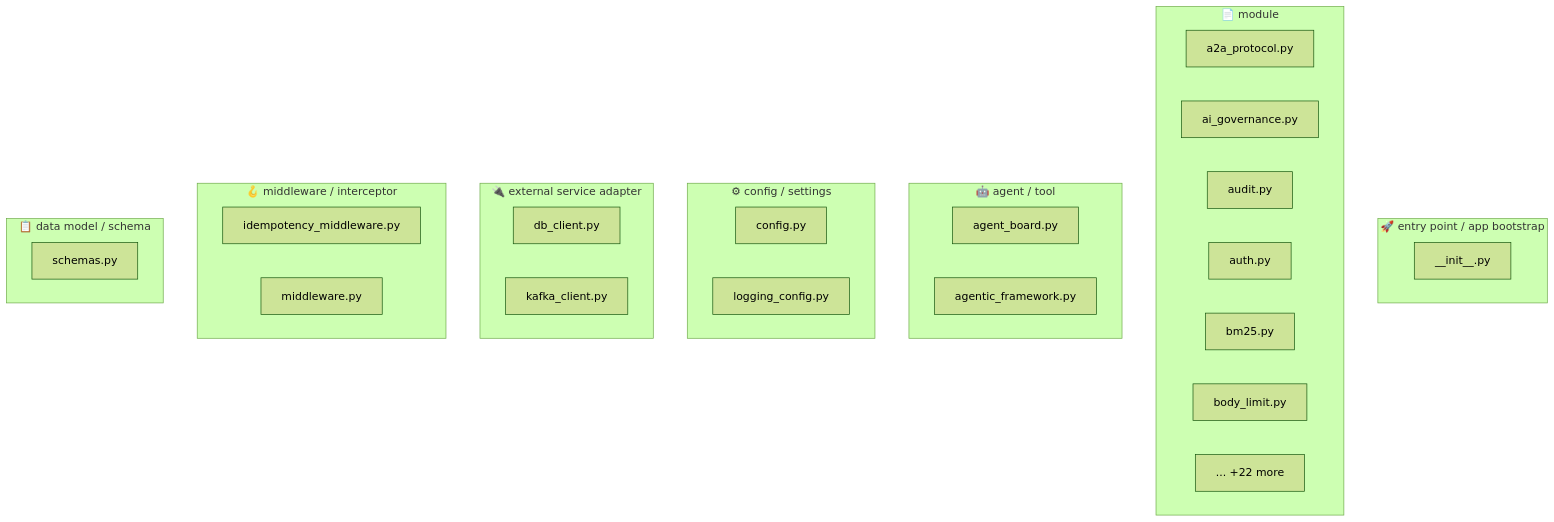
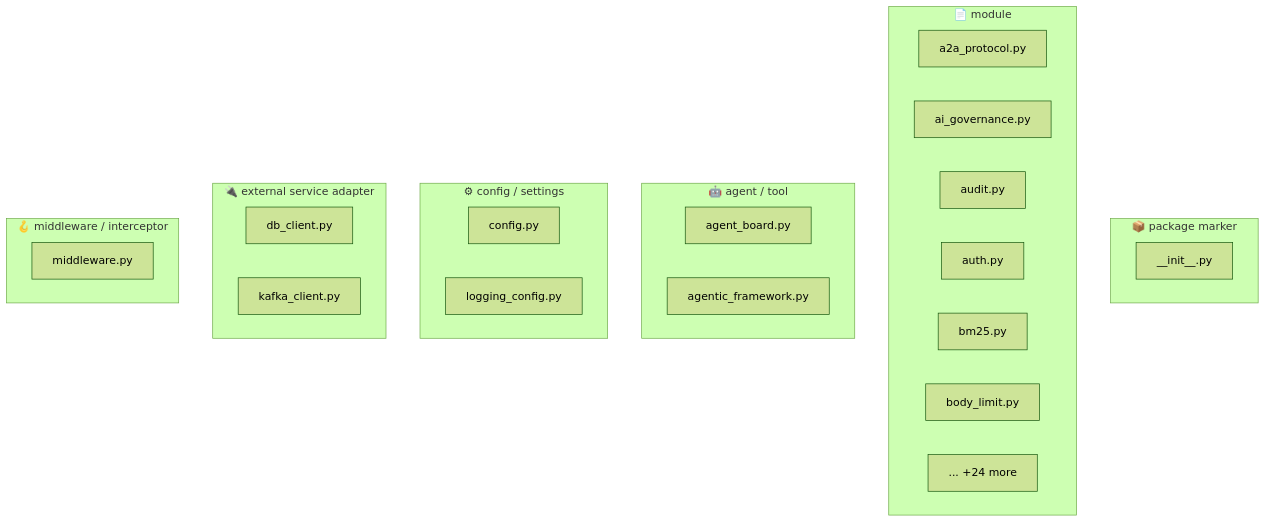
The third of 8 diagrams in libs/py/documind_core/README.md (PraveenAsthana123/circuitRAG), drawn with Mermaid (forest theme) before and after one commit. The commit also changed other lines of this file and 23 other files, not shown here.

````diff
--- a/libs/py/documind_core/README.md
+++ b/libs/py/documind_core/README.md
@@ -193,34 +314,30 @@
 ```mermaid
 flowchart TB
-    subgraph __entry_point___app_bootstrap["🚀 entry point / app bootstrap"]
+    subgraph __package_marker["📦 package marker"]
         __init___py["__init__.py"]
     end
     subgraph __module["📄 module"]
         a2a_protocol_py["a2a_protocol.py"]
         ai_governance_py["ai_governance.py"]
         audit_py["audit.py"]
         auth_py["auth.py"]
         bm25_py["bm25.py"]
         body_limit_py["body_limit.py"]
-        more___module["... +22 more"]
+        more___module["... +24 more"]
     end
     subgraph __agent___tool["🤖 agent / tool"]
         agent_board_py["agent_board.py"]
         agentic_framework_py["agentic_framework.py"]
     end
     subgraph __config___settings["⚙ config / settings"]
         config_py["config.py"]
         logging_config_py["logging_config.py"]
     end
     subgraph __external_service_adapter["🔌 external service adapter"]
         db_client_py["db_client.py"]
         kafka_client_py["kafka_client.py"]
     end
     subgraph __middleware___interceptor["🪝 middleware / interceptor"]
-        idempotency_middleware_py["idempotency_middleware.py"]
         middleware_py["middleware.py"]
     end
-    subgraph __data_model___schema["📋 data model / schema"]
-        schemas_py["schemas.py"]
-    end
 ```
````
